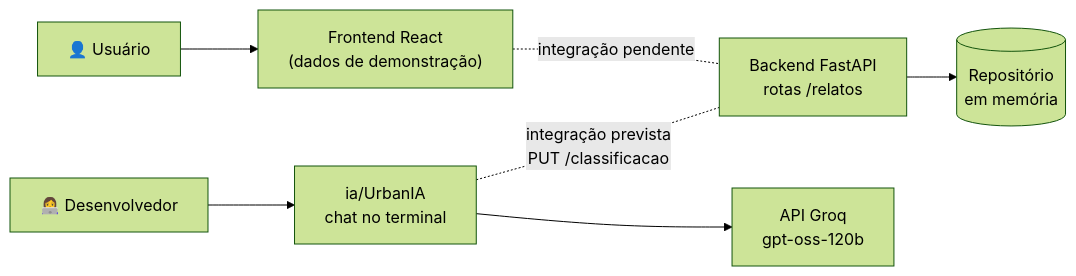
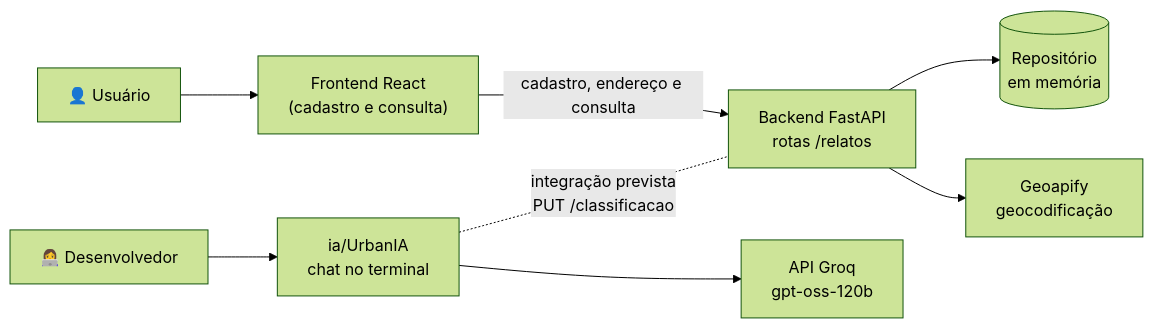
One commit to nataliapianca/radar-urbano-ia changed the first of 4 diagrams in README.md. Above: the diagram before and after it, drawn with Mermaid (forest theme). The commit also changed other lines of this file and 18 other files, not shown here.

````diff
--- a/README.md
+++ b/README.md
@@ -46,9 +46,10 @@
 ```mermaid
 flowchart LR
-    U[👤 Usuário] --> FE["Frontend React<br/>(dados de demonstração)"]
+    U[👤 Usuário] --> FE["Frontend React<br/>(cadastro e consulta)"]
     API["Backend FastAPI<br/>rotas /relatos"] --> MEM[("Repositório<br/>em memória")]
     DEV[👩‍💻 Desenvolvedor] --> IA["ia/UrbanIA<br/>chat no terminal"]
     IA --> GROQ["API Groq<br/>gpt-oss-120b"]
-    FE -. "integração pendente" .- API
+    FE -->|"cadastro, endereço e consulta"| API
+    API --> GEO["Geoapify<br/>geocodificação"]
     IA -. "integração prevista<br/>PUT /classificacao" .- API
 ```
````
